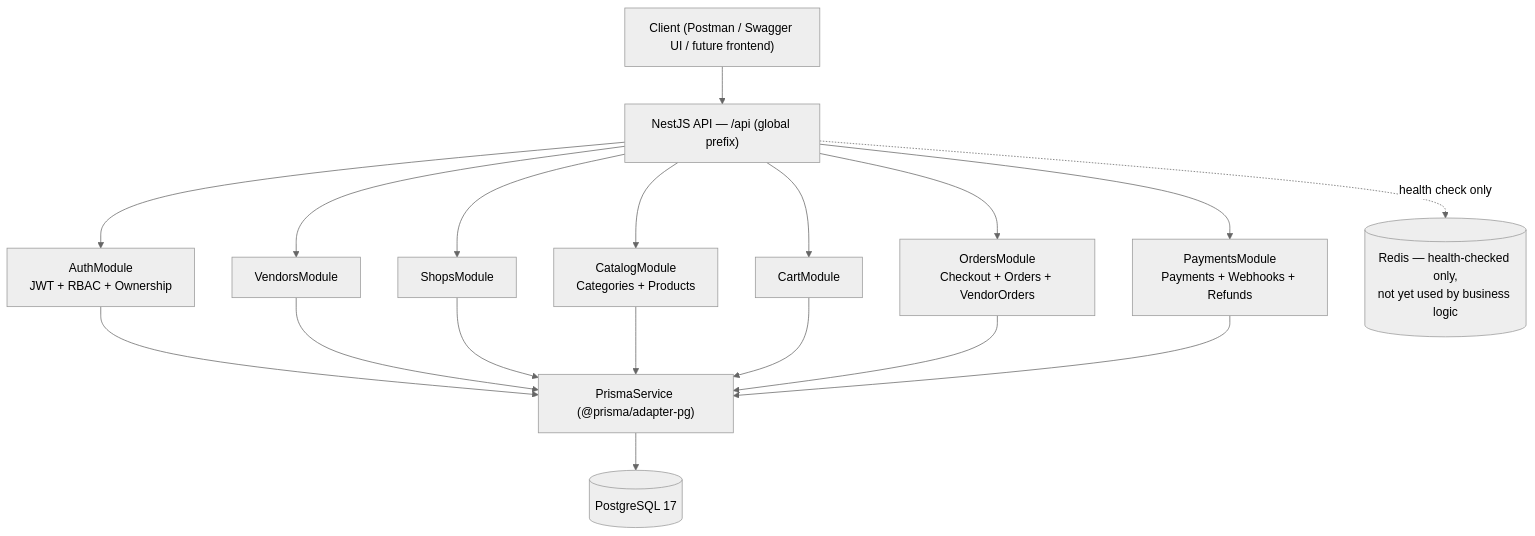
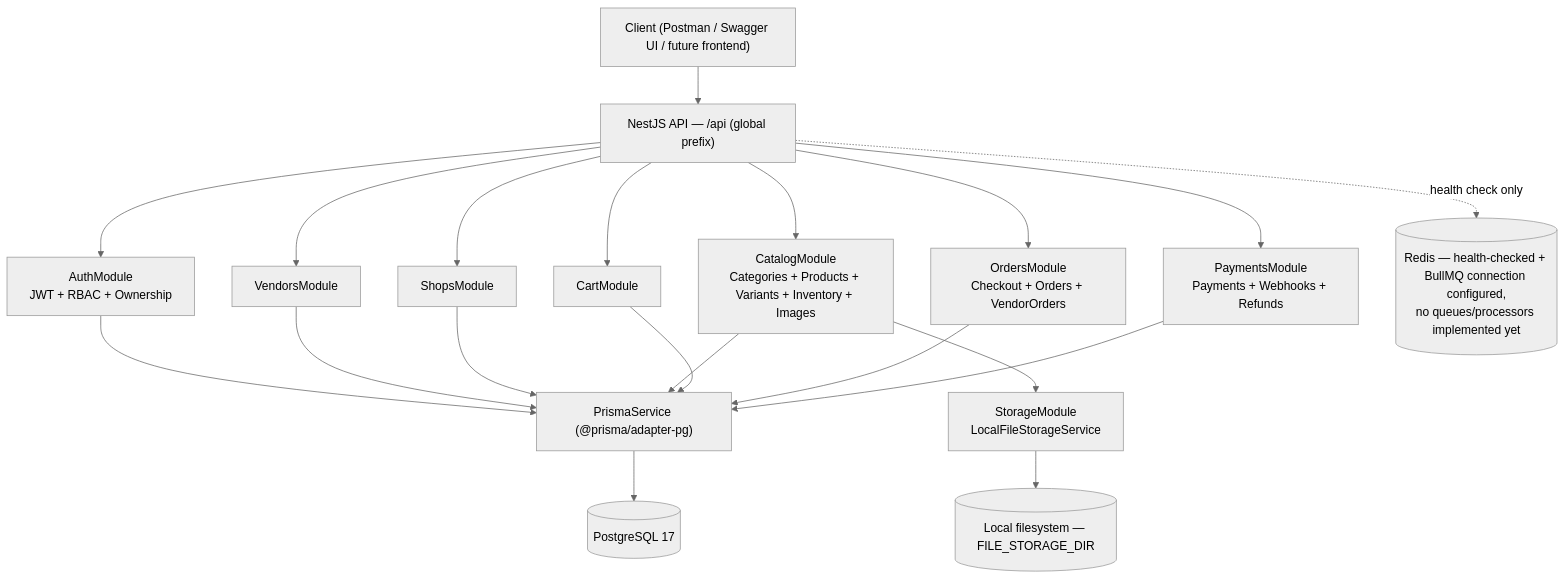
The diagram in README.md (taijulsir/multi-vendor-ecommerce-api), drawn with Mermaid (neutral theme) before and after one commit. The commit also changed other lines of this file and 6 other files, not shown here.

````diff
--- a/README.md
+++ b/README.md
@@ -21,33 +115,37 @@
 ```mermaid
 flowchart TD
     Client["Client (Postman / Swagger UI / future frontend)"]
     API["NestJS API — /api (global prefix)"]
     Auth["AuthModule\nJWT + RBAC + Ownership"]
     Vendors["VendorsModule"]
     Shops["ShopsModule"]
-    Catalog["CatalogModule\nCategories + Products"]
+    Catalog["CatalogModule\nCategories + Products + Variants + Inventory + Images"]
     Cart["CartModule"]
     Orders["OrdersModule\nCheckout + Orders + VendorOrders"]
     Payments["PaymentsModule\nPayments + Webhooks + Refunds"]
+    Storage["StorageModule\nLocalFileStorageService"]
     Prisma["PrismaService (@prisma/adapter-pg)"]
     PG[("PostgreSQL 17")]
-    Redis[("Redis — health-checked only,\nnot yet used by business logic")]
+    Redis[("Redis — health-checked + BullMQ connection configured,\nno queues/processors implemented yet")]
+    Disk[("Local filesystem — FILE_STORAGE_DIR")]
 
     Client --> API
     API --> Auth
     API --> Vendors
     API --> Shops
     API --> Catalog
     API --> Cart
     API --> Orders
     API --> Payments
     Auth --> Prisma
     Vendors --> Prisma
     Shops --> Prisma
     Catalog --> Prisma
     Cart --> Prisma
     Orders --> Prisma
     Payments --> Prisma
+    Catalog --> Storage
+    Storage --> Disk
     Prisma --> PG
     API -.health check only.-> Redis
 ```
````
